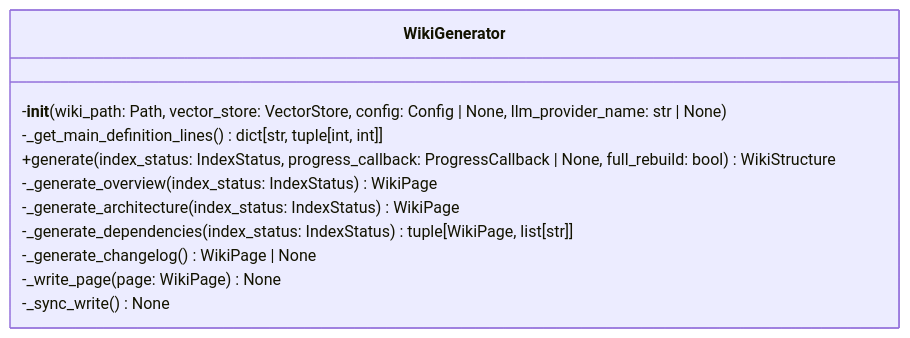
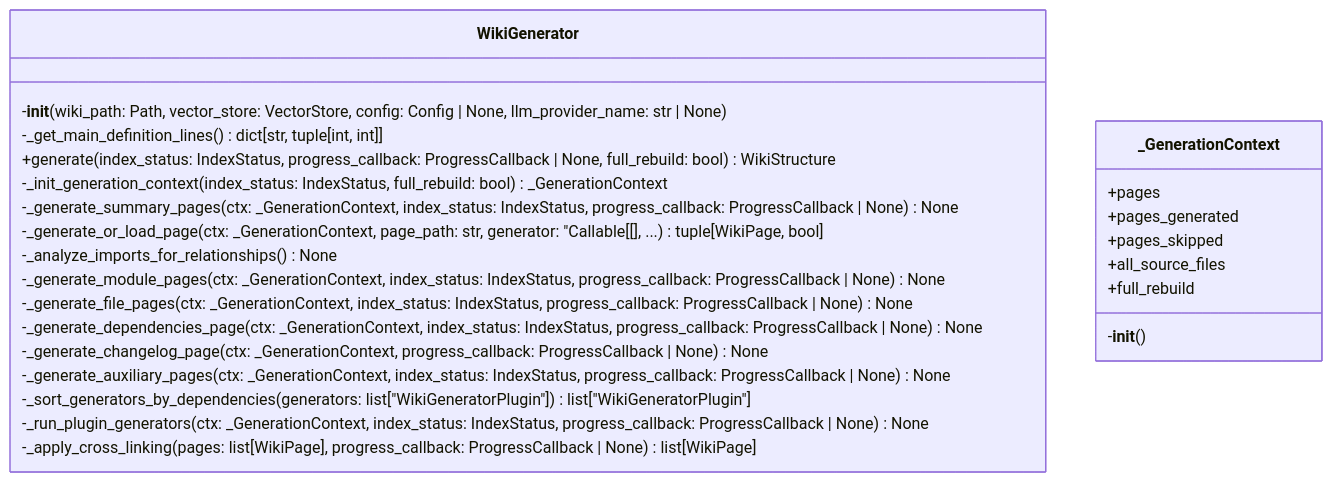
The first of 2 diagrams in .deepwiki/files/src/local_deepwiki/generators/wiki.md (UrbanDiver/local-deepwiki-mcp), drawn with Mermaid before and after one commit. The commit also changed other lines of this file and 65 other files, not shown here.

````diff
--- a/.deepwiki/files/src/local_deepwiki/generators/wiki.md
+++ b/.deepwiki/files/src/local_deepwiki/generators/wiki.md
@@ -584,14 +603,28 @@
 ```mermaid
 classDiagram
     class WikiGenerator {
         -__init__(wiki_path: Path, vector_store: VectorStore, config: Config | None, llm_provider_name: str | None)
         -_get_main_definition_lines() dict[str, tuple[int, int]]
         +generate(index_status: IndexStatus, progress_callback: ProgressCallback | None, full_rebuild: bool) WikiStructure
-        -_generate_overview(index_status: IndexStatus) WikiPage
-        -_generate_architecture(index_status: IndexStatus) WikiPage
-        -_generate_dependencies(index_status: IndexStatus) tuple[WikiPage, list[str]]
-        -_generate_changelog() WikiPage | None
-        -_write_page(page: WikiPage) None
-        -_sync_write() None
+        -_init_generation_context(index_status: IndexStatus, full_rebuild: bool) _GenerationContext
+        -_generate_summary_pages(ctx: _GenerationContext, index_status: IndexStatus, progress_callback: ProgressCallback | None) None
+        -_generate_or_load_page(ctx: _GenerationContext, page_path: str, generator: "Callable[[], ...) tuple[WikiPage, bool]
+        -_analyze_imports_for_relationships() None
+        -_generate_module_pages(ctx: _GenerationContext, index_status: IndexStatus, progress_callback: ProgressCallback | None) None
+        -_generate_file_pages(ctx: _GenerationContext, index_status: IndexStatus, progress_callback: ProgressCallback | None) None
+        -_generate_dependencies_page(ctx: _GenerationContext, index_status: IndexStatus, progress_callback: ProgressCallback | None) None
+        -_generate_changelog_page(ctx: _GenerationContext, progress_callback: ProgressCallback | None) None
+        -_generate_auxiliary_pages(ctx: _GenerationContext, index_status: IndexStatus, progress_callback: ProgressCallback | None) None
+        -_sort_generators_by_dependencies(generators: list["WikiGeneratorPlugin"]) list["WikiGeneratorPlugin"]
+        -_run_plugin_generators(ctx: _GenerationContext, index_status: IndexStatus, progress_callback: ProgressCallback | None) None
+        -_apply_cross_linking(pages: list[WikiPage], progress_callback: ProgressCallback | None) list[WikiPage]
+    }
+    class _GenerationContext {
+        +pages
+        +pages_generated
+        +pages_skipped
+        +all_source_files
+        +full_rebuild
+        -__init__()
     }
 ```
````
